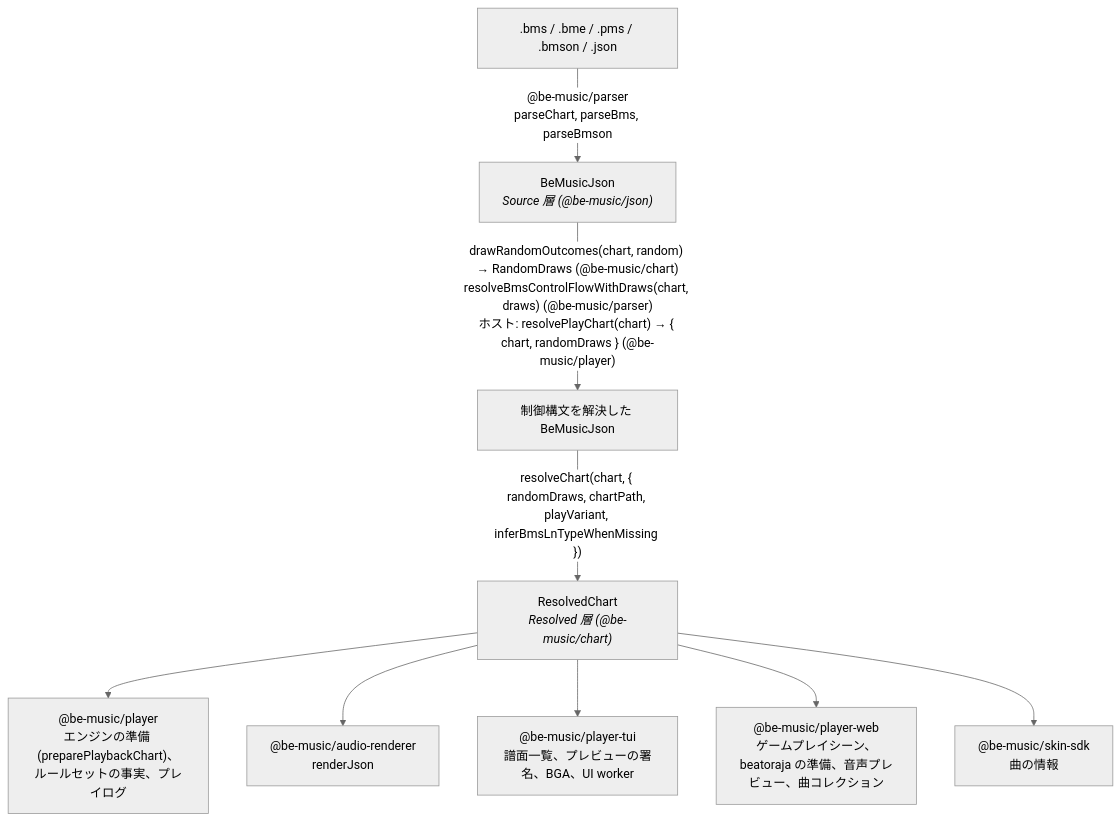
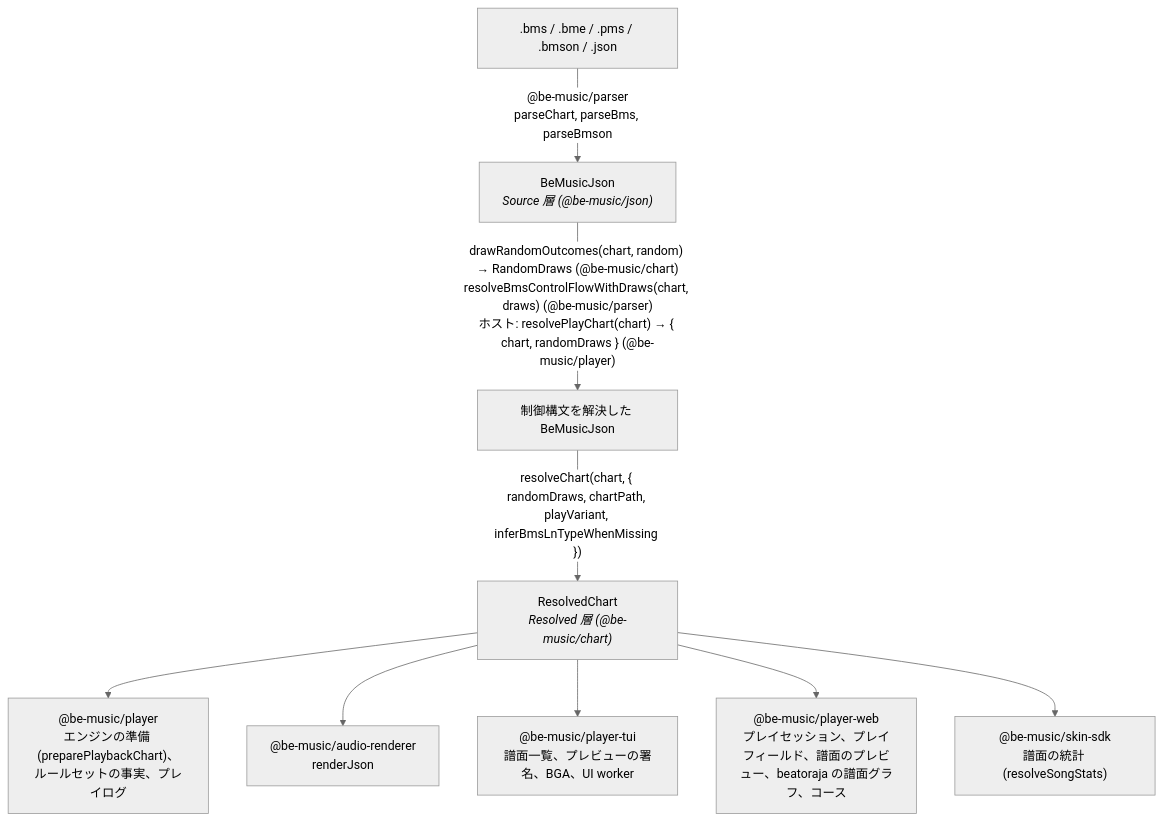
One commit to nulltask/be-music changed the first of 3 diagrams in docs/architecture.ja.md. Above: the diagram before and after it, drawn with Mermaid (neutral theme). The commit also changed other lines of this file and 1 other file, not shown here.

First line of the commit message:
docs: describe the current package layers in architecture [ci skip]

````diff
--- a/docs/architecture.ja.md
+++ b/docs/architecture.ja.md
@@ -9,21 +9,21 @@
 ```mermaid
 flowchart TD
   files[".bms / .bme / .pms / .bmson / .json"]
   source["BeMusicJson<br/><i>Source 層 (@be-music/json)</i>"]
   flat["制御構文を解決した BeMusicJson"]
   resolved["ResolvedChart<br/><i>Resolved 層 (@be-music/chart)</i>"]
   player["@be-music/player<br/>エンジンの準備 (preparePlaybackChart)、ルールセットの事実、プレイログ"]
   renderer["@be-music/audio-renderer<br/>renderJson"]
   tui["@be-music/player-tui<br/>譜面一覧、プレビューの署名、BGA、UI worker"]
-  web["@be-music/player-web<br/>ゲームプレイシーン、beatoraja の準備、音声プレビュー、曲コレクション"]
-  skin["@be-music/skin-sdk<br/>曲の情報"]
+  web["@be-music/player-web<br/>プレイセッション、プレイフィールド、譜面のプレビュー、beatoraja の譜面グラフ、コース"]
+  skin["@be-music/skin-sdk<br/>譜面の統計 (resolveSongStats)"]
 
   files -->|"@be-music/parser<br/>parseChart, parseBms, parseBmson"| source
   source -->|"drawRandomOutcomes(chart, random) → RandomDraws (@be-music/chart)<br/>resolveBmsControlFlowWithDraws(chart, draws) (@be-music/parser)<br/>ホスト: resolvePlayChart(chart) → { chart, randomDraws } (@be-music/player)"| flat
   flat -->|"resolveChart(chart, { randomDraws, chartPath, playVariant, inferBmsLnTypeWhenMissing })"| resolved
   resolved --> player
   resolved --> renderer
   resolved --> tui
   resolved --> web
   resolved --> skin
 ```
````
